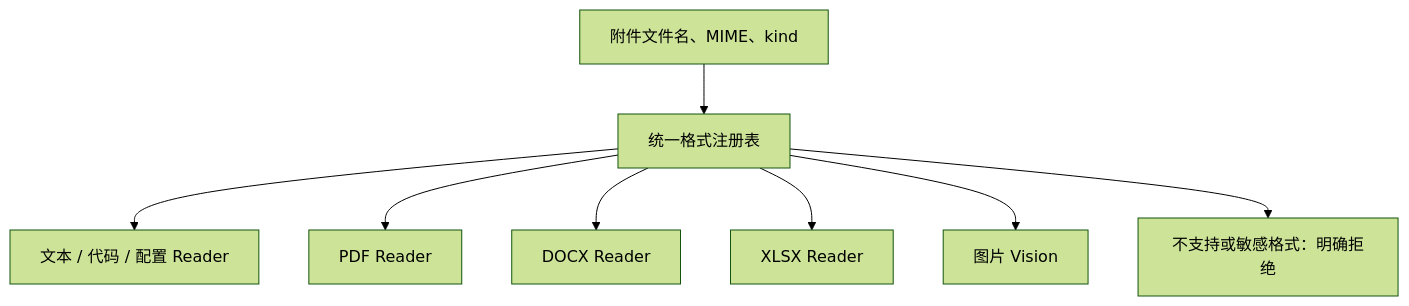
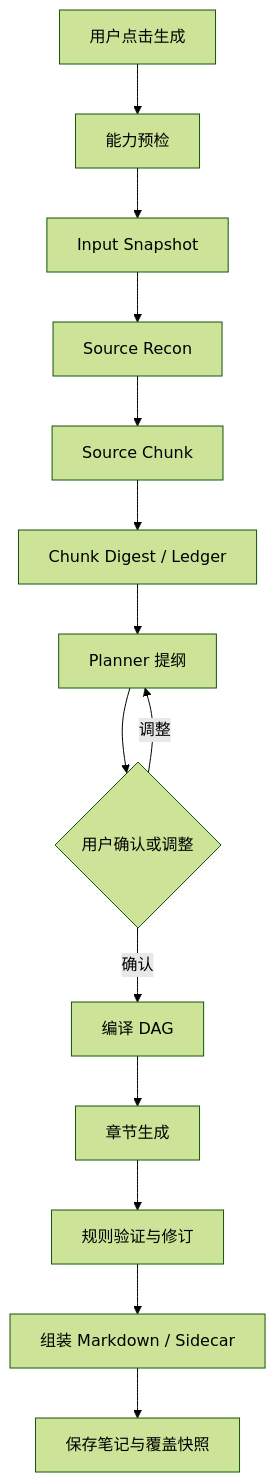
One commit to tushanmiao/Mnemora changed the first of 4 diagrams in md/Summary/01-深度笔记.md. Above: the diagram before and after it, drawn with Mermaid (forest theme). The commit also changed other lines of this file and 45 other files, not shown here.

````diff
--- a/md/Summary/01-深度笔记.md
+++ b/md/Summary/01-深度笔记.md
@@ -21,10 +15,16 @@
 ```mermaid
 flowchart TB
-    A[附件文件名、MIME、kind] --> R[统一格式注册表]
-    R --> T[文本 / 代码 / 配置 Reader]
-    R --> P[PDF Reader]
-    R --> D[DOCX Reader]
-    R --> X[XLSX Reader]
-    R --> V[图片 Vision]
-    R --> U[不支持或敏感格式：明确拒绝]
+    A[用户点击生成] --> B[能力预检]
+    B --> C[Input Snapshot]
+    C --> D[Source Recon]
+    D --> E[Source Chunk]
+    E --> F[Chunk Digest / Ledger]
+    F --> G[Planner 提纲]
+    G --> H{用户确认或调整}
+    H -->|调整| G
+    H -->|确认| I[编译 DAG]
+    I --> J[章节生成]
+    J --> K[规则验证与修订]
+    K --> L[组装 Markdown / Sidecar]
+    L --> M[保存笔记与覆盖快照]
 ```
````
